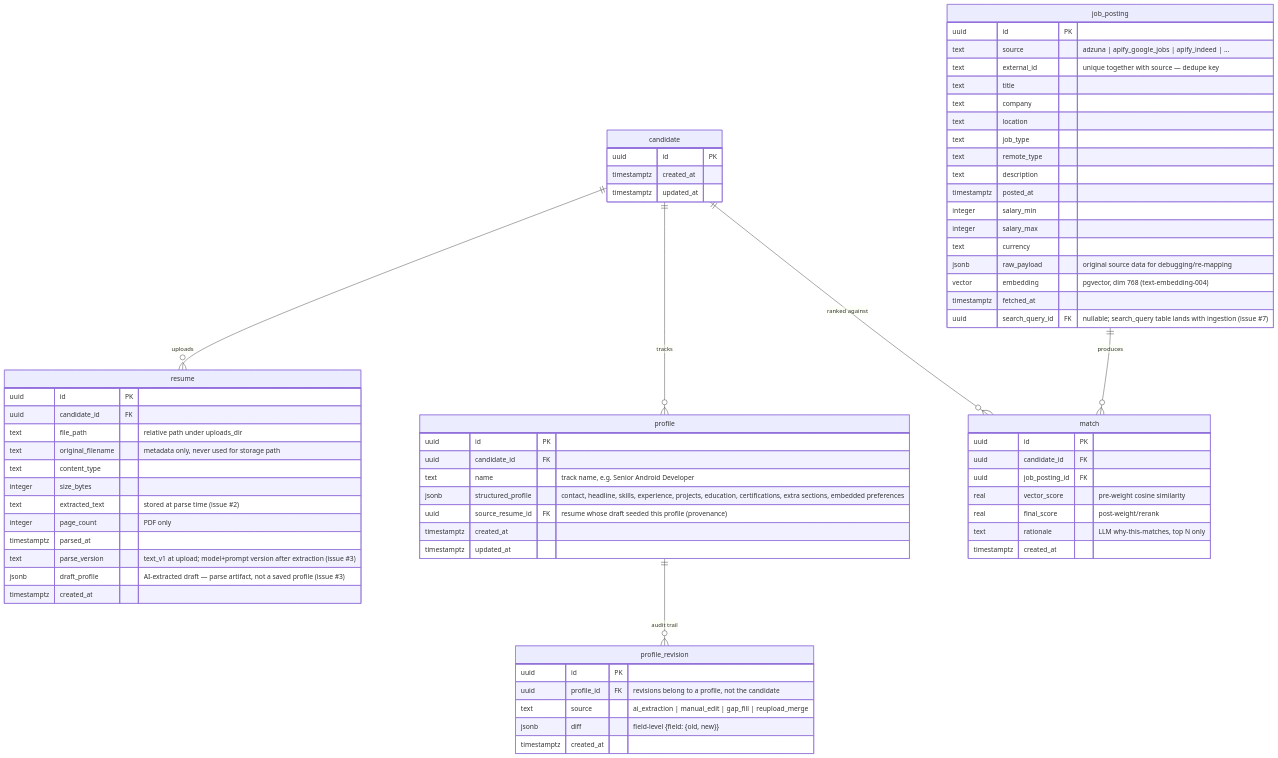
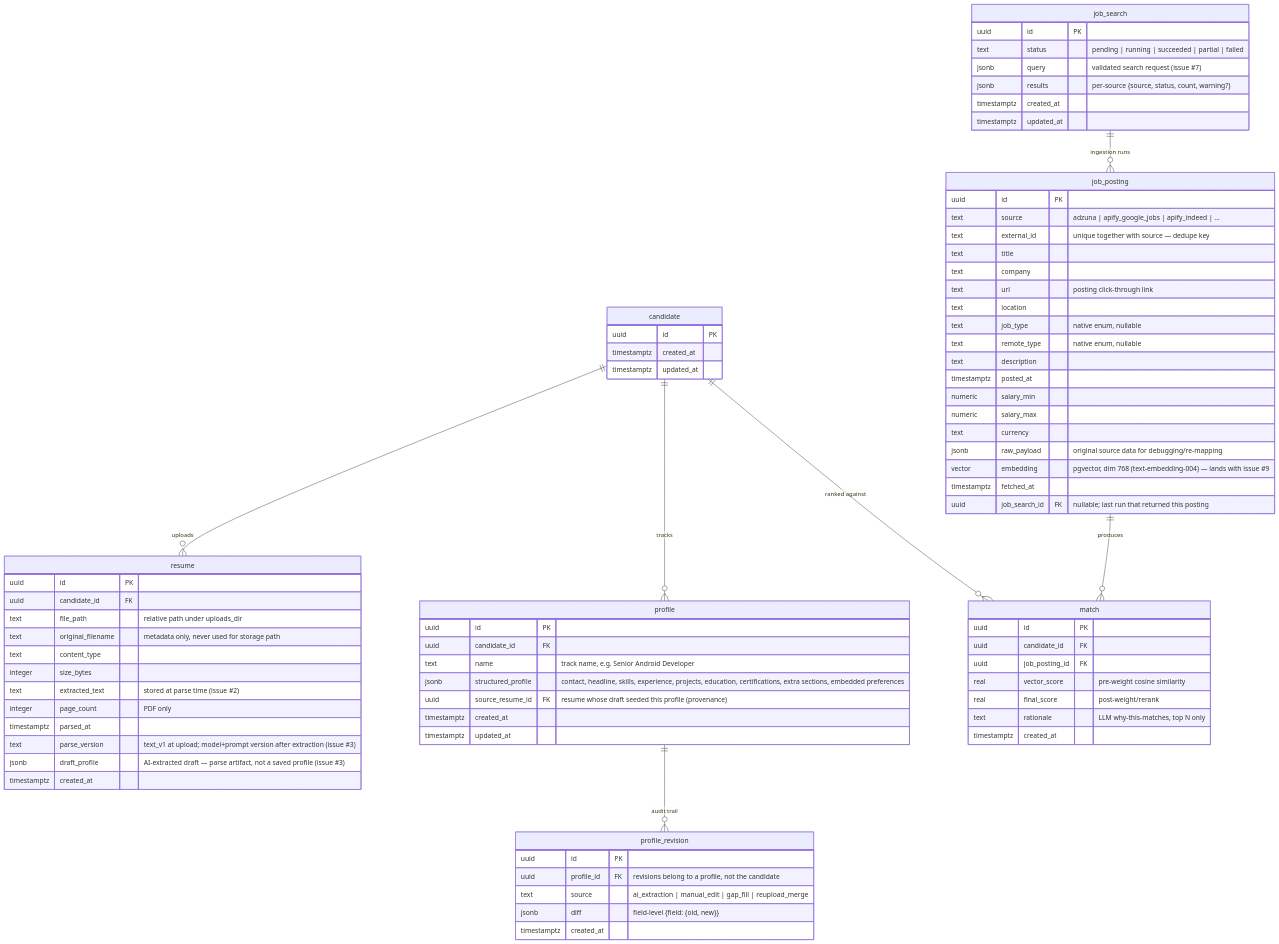
One commit to MSVhora/ai_job_assistant changed the fourth of 4 diagrams in docs/architecture.md. Above: the diagram before and after it, drawn with Mermaid. The commit also changed other lines of this file and 32 other files, not shown here.

Commit message:
Add JobSource connector interface with Adzuna ingestion and dedupe

```diff
--- a/docs/architecture.md
+++ b/docs/architecture.md
@@ -125,6 +133,7 @@
     candidate ||--o{ profile : "tracks"
     profile ||--o{ profile_revision : "audit trail"
     candidate ||--o{ match : "ranked against"
+    job_search ||--o{ job_posting : "ingestion runs"
     job_posting ||--o{ match : "produces"
 
     candidate {
@@ -166,24 +175,34 @@
         timestamptz created_at
     }
 
+    job_search {
+        uuid id PK
+        text status "pending | running | succeeded | partial | failed"
+        jsonb query "validated search request (issue #7)"
+        jsonb results "per-source {source, status, count, warning?}"
+        timestamptz created_at
+        timestamptz updated_at
+    }
+
     job_posting {
         uuid id PK
         text source "adzuna | apify_google_jobs | apify_indeed | ..."
         text external_id "unique together with source — dedupe key"
         text title
         text company
+        text url "posting click-through link"
         text location
-        text job_type
-        text remote_type
+        text job_type "native enum, nullable"
+        text remote_type "native enum, nullable"
         text description
         timestamptz posted_at
-        integer salary_min
-        integer salary_max
+        numeric salary_min
+        numeric salary_max
         text currency
         jsonb raw_payload "original source data for debugging/re-mapping"
-        vector embedding "pgvector, dim 768 (text-embedding-004)"
+        vector embedding "pgvector, dim 768 (text-embedding-004) — lands with issue #9"
         timestamptz fetched_at
-        uuid search_query_id FK "nullable; search_query table lands with ingestion (issue #7)"
+        uuid job_search_id FK "nullable; last run that returned this posting"
     }
 
     match {
```
